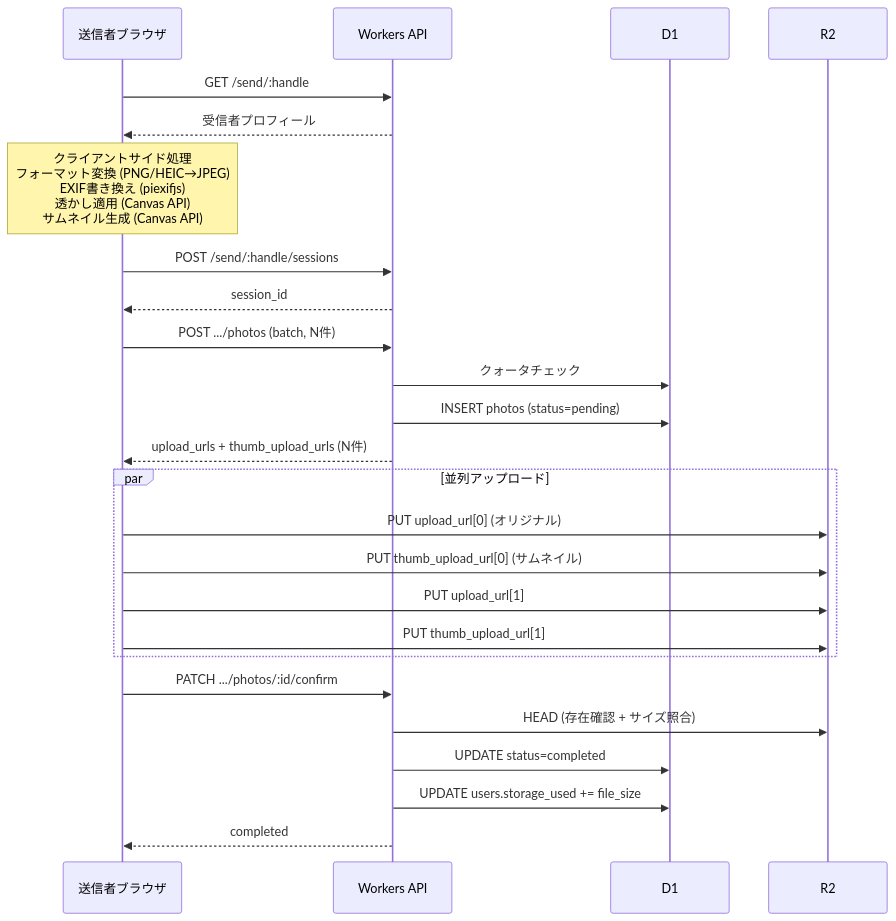
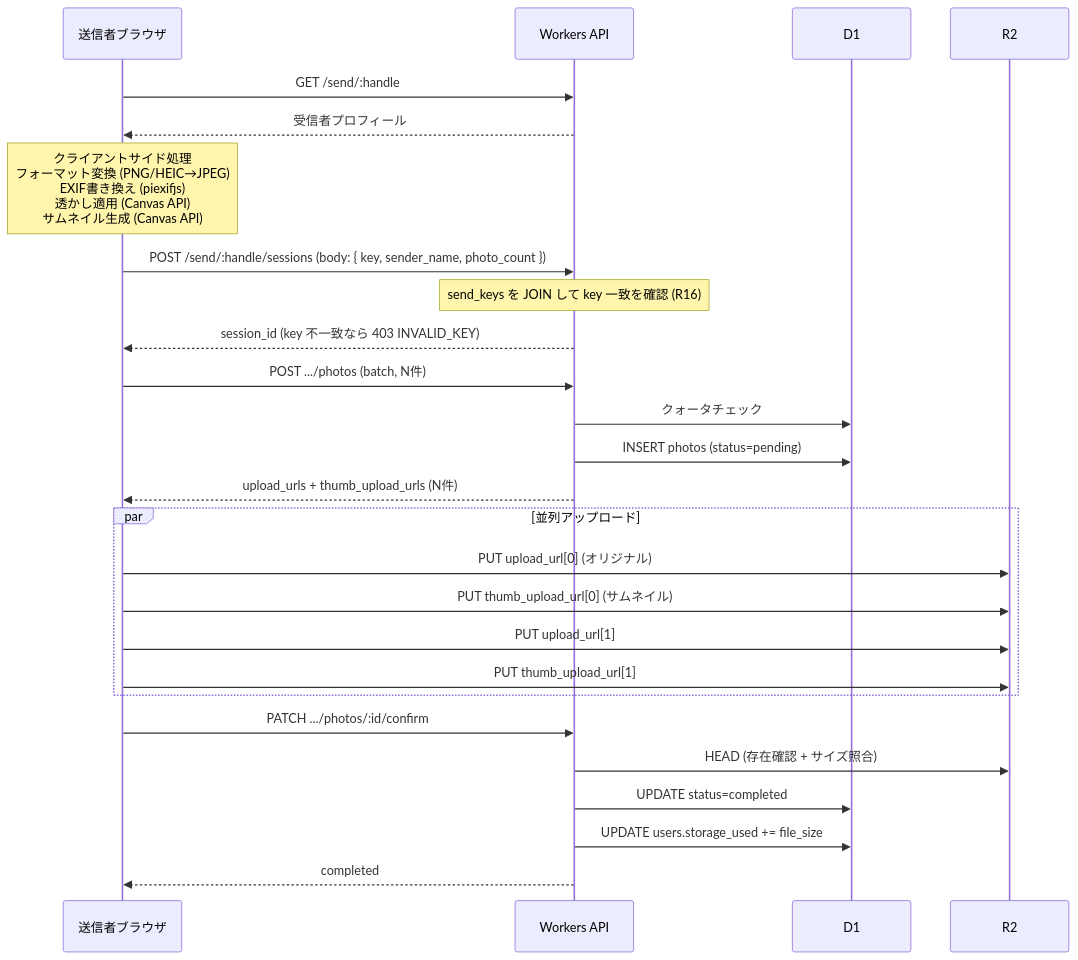
Before and after one commit to kuu13580/furdrop: the fifth of 5 diagrams in docs/architecture.md, drawn with Mermaid. The commit also changed other lines of this file and 13 other files, not shown here.

First line of the commit message:
feat(sender): 送信URLにアクセスキー (?k=KEY) を必須化 (R16)

````diff
--- a/docs/architecture.md
+++ b/docs/architecture.md
@@ -602,33 +638,34 @@
 ```mermaid
 sequenceDiagram
     participant C as 送信者ブラウザ
     participant W as Workers API
     participant DB as D1
     participant R2 as R2
 
     C->>W: GET /send/:handle
     W-->>C: 受信者プロフィール
 
     Note over C: クライアントサイド処理<br/>フォーマット変換 (PNG/HEIC→JPEG)<br/>EXIF書き換え (piexifjs)<br/>透かし適用 (Canvas API)<br/>サムネイル生成 (Canvas API)
 
-    C->>W: POST /send/:handle/sessions
-    W-->>C: session_id
+    C->>W: POST /send/:handle/sessions (body: { key, sender_name, photo_count })
+    Note over W: send_keys を JOIN して key 一致を確認 (R16)
+    W-->>C: session_id (key 不一致なら 403 INVALID_KEY)
 
     C->>W: POST .../photos (batch, N件)
     W->>DB: クォータチェック
     W->>DB: INSERT photos (status=pending)
     W-->>C: upload_urls + thumb_upload_urls (N件)
 
     par 並列アップロード
         C->>R2: PUT upload_url[0] (オリジナル)
         C->>R2: PUT thumb_upload_url[0] (サムネイル)
         C->>R2: PUT upload_url[1]
         C->>R2: PUT thumb_upload_url[1]
     end
 
     C->>W: PATCH .../photos/:id/confirm
     W->>R2: HEAD (存在確認 + サイズ照合)
     W->>DB: UPDATE status=completed
     W->>DB: UPDATE users.storage_used += file_size
     W-->>C: completed
 ```
````
